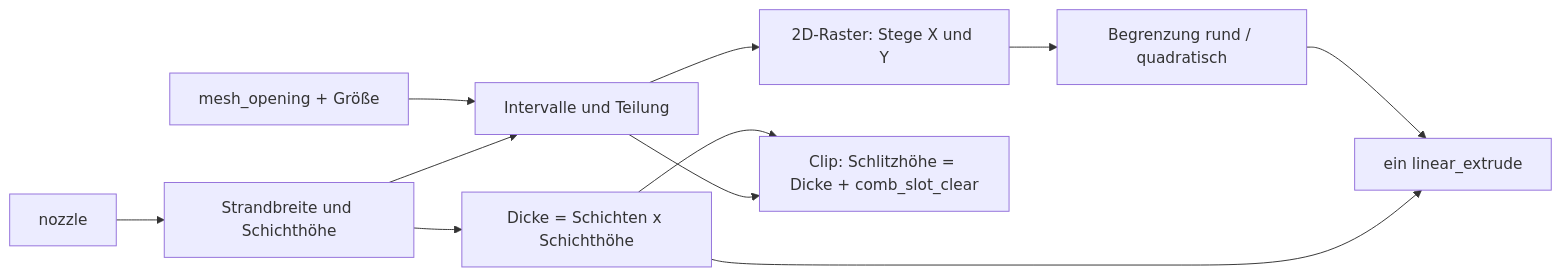
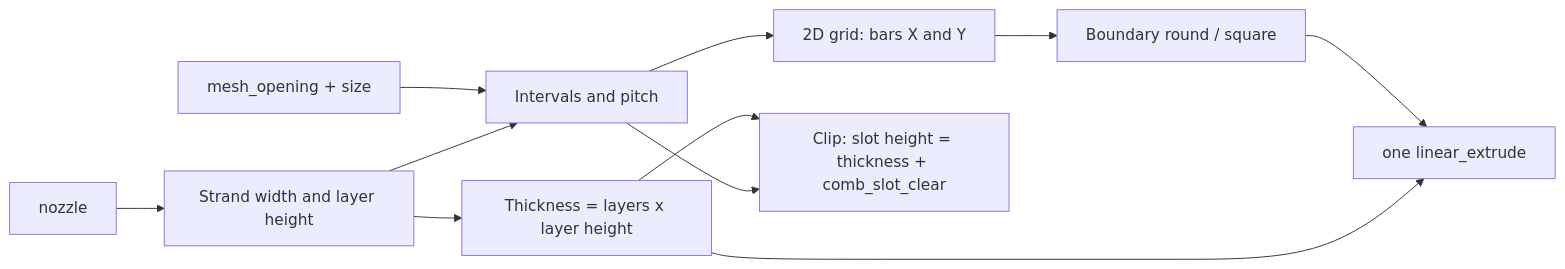
One commit to BetaHydri/parametric-cad-models changed the diagram in models/parametric-fly-screen-mesh/README.md. Above: the diagram before and after it, drawn with Mermaid. The commit also changed other lines of this file and 57 other files, not shown here.

````diff
--- a/models/parametric-fly-screen-mesh/README.md
+++ b/models/parametric-fly-screen-mesh/README.md
@@ -243,13 +241,13 @@
 ```mermaid
 flowchart LR
-    N[nozzle] --> S[Strandbreite und Schichthöhe]
-    S --> T[Dicke = Schichten x Schichthöhe]
-    O[mesh_opening + Größe] --> I[Intervalle und Teilung]
+    N[nozzle] --> S[Strand width and layer height]
+    S --> T[Thickness = layers x layer height]
+    O[mesh_opening + size] --> I[Intervals and pitch]
     S --> I
-    I --> G[2D-Raster: Stege X und Y]
-    G --> B[Begrenzung rund / quadratisch]
-    B --> E[ein linear_extrude]
+    I --> G[2D grid: bars X and Y]
+    G --> B[Boundary round / square]
+    B --> E[one linear_extrude]
     T --> E
-    T --> C[Clip: Schlitzhöhe = Dicke + comb_slot_clear]
+    T --> C[Clip: slot height = thickness + comb_slot_clear]
     I --> C
 ```
````
